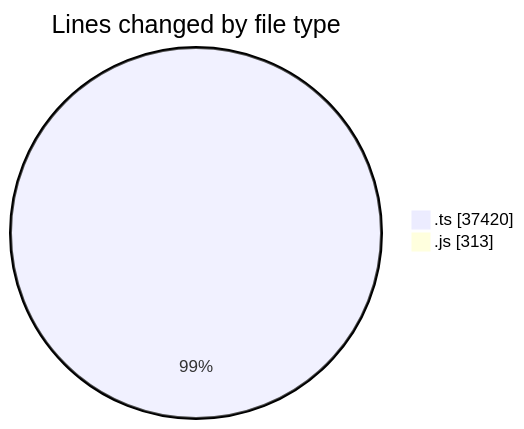
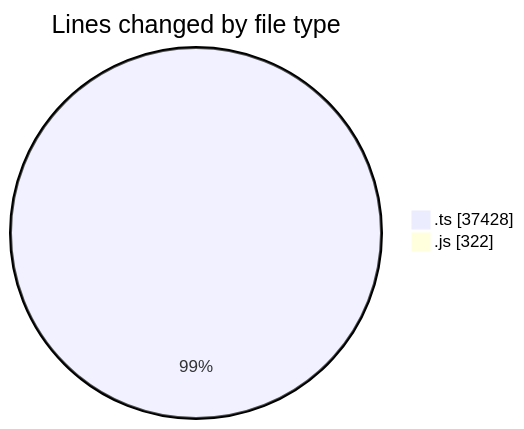
One commit to momahboobian/code-tracking changed the first of 2 diagrams in 2025-09-29/cda/README.md. Above: the diagram before and after it, drawn with Mermaid. The commit also changed other lines of this file and 1 other file, not shown here.

````diff
--- a/2025-09-29/cda/README.md
+++ b/2025-09-29/cda/README.md
@@ -25,6 +25,6 @@
 ```mermaid
 pie showData
 title Lines changed by file type
-".ts" : 37420
-".js" : 313
+".ts" : 37428
+".js" : 322
 ```
````
